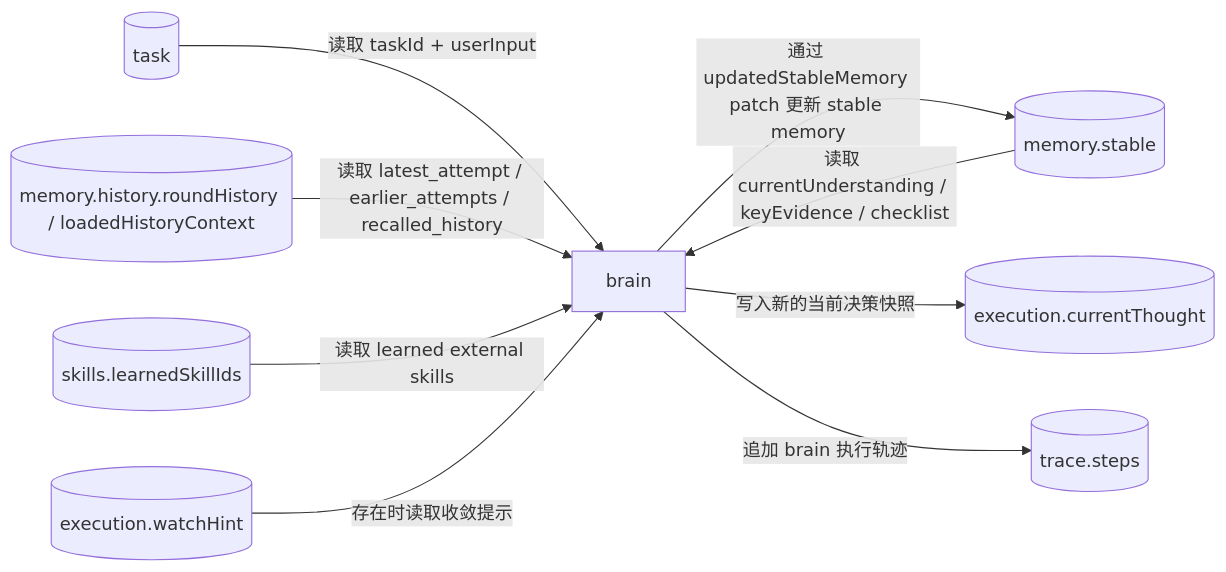
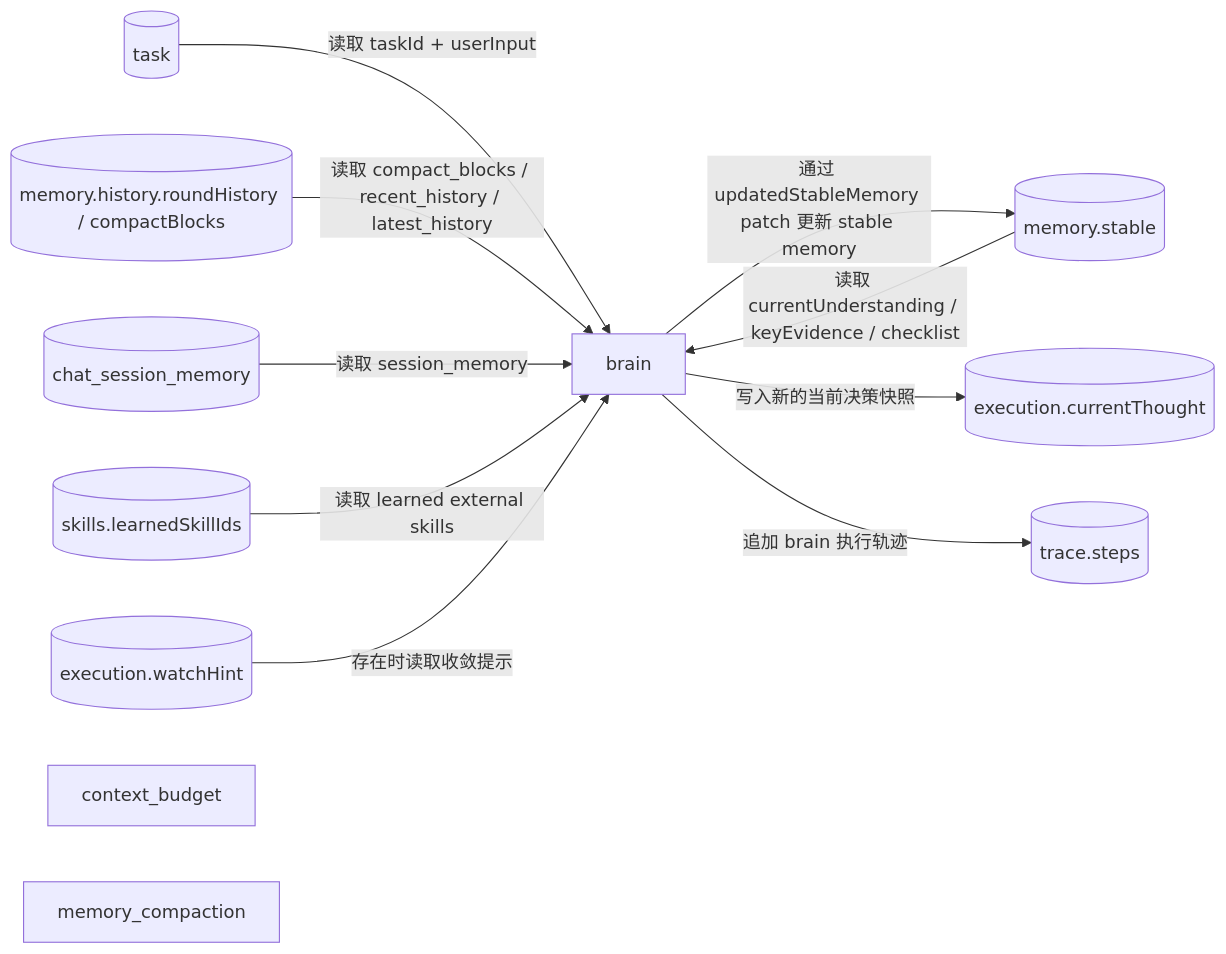
One commit to Yoan98/Ncurator changed the second of 5 diagrams in doc/ai-design/data-definition-and-flow.md. Above: the diagram before and after it, drawn with Mermaid. The commit also changed other lines of this file and 55 other files, not shown here.

First line of the commit message:
feat: add context usage tracking and compaction events

````diff
--- a/doc/ai-design/data-definition-and-flow.md
+++ b/doc/ai-design/data-definition-and-flow.md
@@ -1068,20 +1110,24 @@
 ```mermaid
 flowchart LR
     T[("task")]
     SM[("memory.stable")]
-    HM[("memory.history.roundHistory / loadedHistoryContext")]
+    HM[("memory.history.roundHistory / compactBlocks")]
+    CM[("chat_session_memory")]
     SK[("skills.learnedSkillIds")]
     WH[("execution.watchHint")]
+    CB["context_budget"]
+    MC["memory_compaction"]
     B["brain"]
     CD[("execution.currentThought")]
     TR[("trace.steps")]
 
     T -->|读取 taskId + userInput| B
     SM -->|读取 currentUnderstanding / keyEvidence / checklist| B
-    HM -->|读取 latest_attempt / earlier_attempts / recalled_history| B
+    HM -->|读取 compact_blocks / recent_history / latest_history| B
+    CM -->|读取 session_memory| B
     SK -->|读取 learned external skills| B
     WH -->|存在时读取收敛提示| B
     B -->|通过 updatedStableMemory patch 更新 stable memory| SM
     B -->|写入新的当前决策快照| CD
     B -->|追加 brain 执行轨迹| TR
 ```
````
